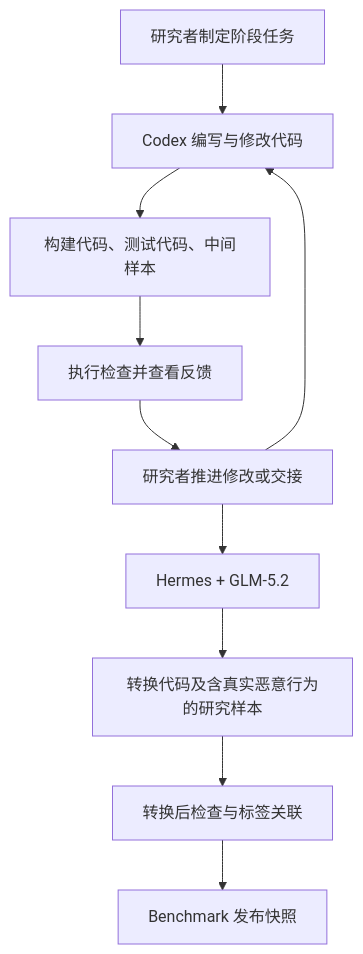
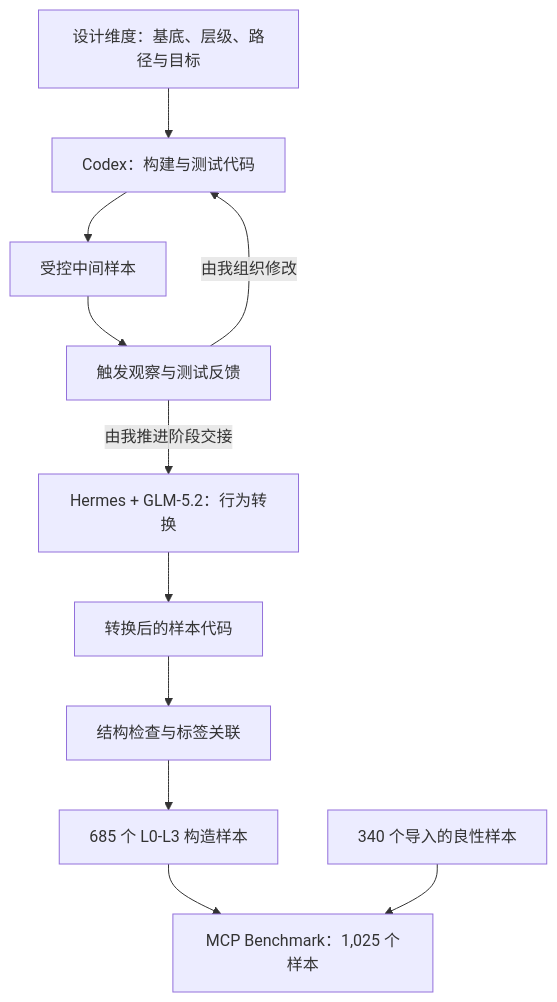
One commit to yongqicui555/mcp_benchmark_1.0 changed the diagram in README.zh-CN.md. Above: the diagram before and after it, drawn with Mermaid. The commit also changed other lines of this file and 12 other files, not shown here.

````diff
--- a/README.zh-CN.md
+++ b/README.zh-CN.md
@@ -45,12 +35,13 @@
 ```mermaid
 flowchart TD
-    A[研究者制定阶段任务] --> B[Codex 编写与修改代码]
-    B --> C[构建代码、测试代码、中间样本]
-    C --> D[执行检查并查看反馈]
-    D --> E[研究者推进修改或交接]
-    E --> B
-    E --> F[Hermes + GLM-5.2]
-    F --> G[转换代码及含真实恶意行为的研究样本]
-    G --> H[转换后检查与标签关联]
-    H --> I[Benchmark 发布快照]
+    A[设计维度：基底、层级、路径与目标] --> B[Codex：构建与测试代码]
+    B --> C[受控中间样本]
+    C --> D[触发观察与测试反馈]
+    D -->|由我组织修改| B
+    D -->|由我推进阶段交接| E[Hermes + GLM-5.2：行为转换]
+    E --> F[转换后的样本代码]
+    F --> G[结构检查与标签关联]
+    G --> I[685 个 L0-L3 构造样本]
+    I --> J[MCP Benchmark：1,025 个样本]
+    K[340 个导入的良性样本] --> J
 ```
````
